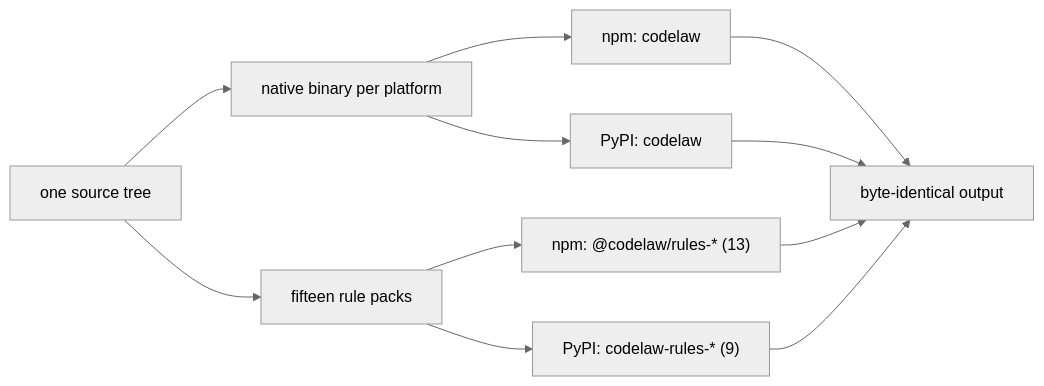
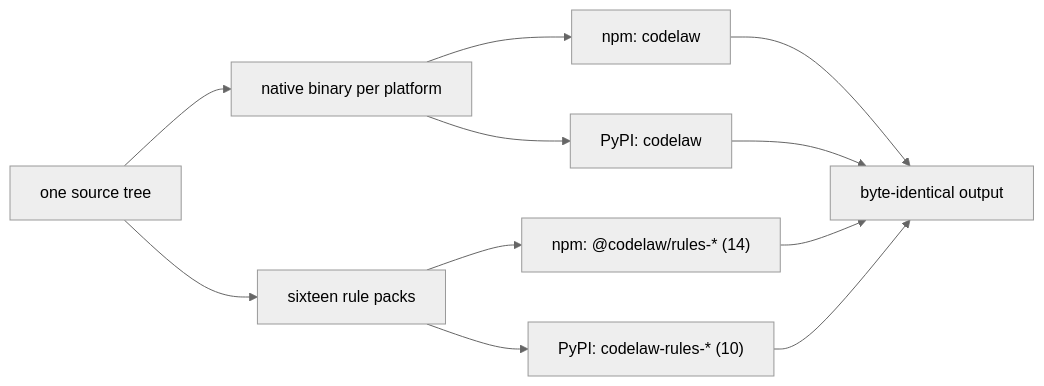
Before and after one commit to arpitarya/codelaw: the diagram in records/0008_LAW-6-python-and-node-packages.md, drawn with Mermaid (neutral theme). The commit also changed other lines of this file and 181 other files, not shown here.

````diff
--- a/records/0008_LAW-6-python-and-node-packages.md
+++ b/records/0008_LAW-6-python-and-node-packages.md
@@ -31,13 +31,13 @@
 ```mermaid
 flowchart LR
     B["one source tree"] --> X["native binary per platform"]
     X --> N["npm: codelaw"]
     X --> Y["PyPI: codelaw"]
-    B --> R["fifteen rule packs"]
-    R --> N2["npm: @codelaw/rules-* (13)"]
-    R --> Y2["PyPI: codelaw-rules-* (9)"]
+    B --> R["sixteen rule packs"]
+    R --> N2["npm: @codelaw/rules-* (14)"]
+    R --> Y2["PyPI: codelaw-rules-* (10)"]
     N --> O["byte-identical output"]
     Y --> O
     N2 --> O
     Y2 --> O
 ```
````
